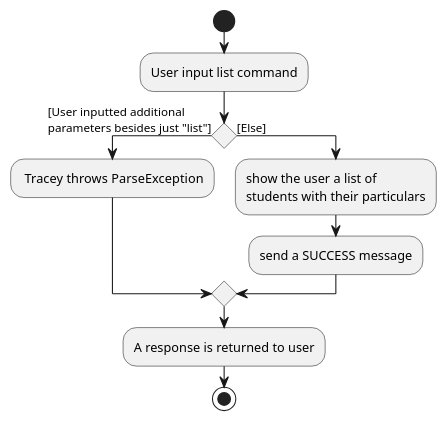
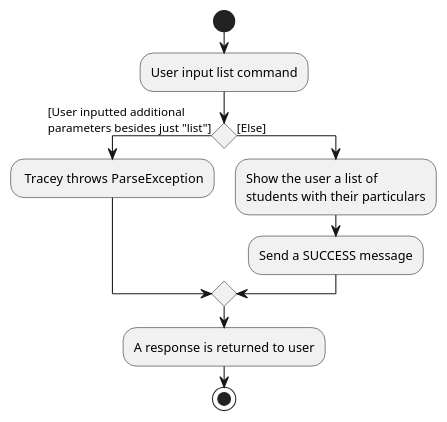
The diagram in docs/diagrams/ListFeatureActivityDiagram.puml (nus-cs2103-AY2122S2/tp), drawn with PlantUML before and after one commit. The commit also changed 1 other file, not shown here.

```diff
--- a/docs/diagrams/ListFeatureActivityDiagram.puml
+++ b/docs/diagrams/ListFeatureActivityDiagram.puml
@@ -1,18 +1,18 @@
 @startuml
 'https://plantuml.com/activity-diagram-beta
 
 start
 :User input list command;
 
 if () then ([User inputted additional\nparameters besides just "list"])
     : Tracey throws ParseException;
 
     else ([Else])
-        :show the user a list of\nstudents with their particulars;
-        :send a SUCCESS message;
+        :Show the user a list of\nstudents with their particulars;
+        :Send a SUCCESS message;
 
 endif
 :A response is returned to user;
 stop
 
 @enduml
```
